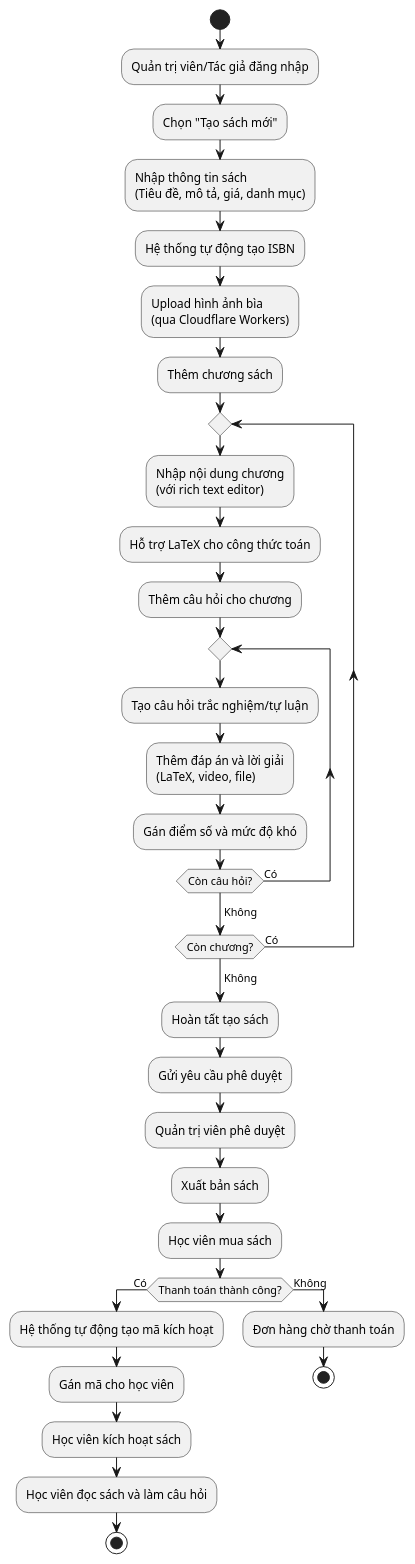
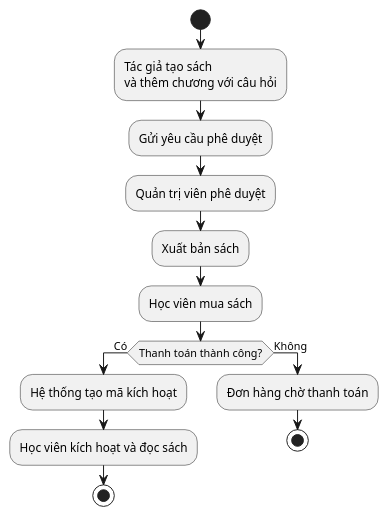
The fifth of 18 diagrams in khoitriso-be/BIEU_DO_UML.md (ngocnghia81/KhoiTriSo-PHP), drawn with PlantUML before and after one commit. The commit also changed other lines of this file and 23 other files, not shown here.

````diff
--- a/khoitriso-be/BIEU_DO_UML.md
+++ b/khoitriso-be/BIEU_DO_UML.md
@@ -189,39 +122,19 @@
 ```plantuml
 @startuml
 start
-:Quản trị viên/Tác giả đăng nhập;
-:Chọn "Tạo sách mới";
-:Nhập thông tin sách\n(Tiêu đề, mô tả, giá, danh mục);
-:Hệ thống tự động tạo ISBN;
-:Upload hình ảnh bìa\n(qua Cloudflare Workers);
-:Thêm chương sách;
-repeat
-  :Nhập nội dung chương\n(với rich text editor);
-  :Hỗ trợ LaTeX cho công thức toán;
-  :Thêm câu hỏi cho chương;
-  repeat
-    :Tạo câu hỏi trắc nghiệm/tự luận;
-    :Thêm đáp án và lời giải\n(LaTeX, video, file);
-    :Gán điểm số và mức độ khó;
-  repeat while (Còn câu hỏi?) is (Có)
-  -> Không;
-repeat while (Còn chương?) is (Có)
--> Không;
-:Hoàn tất tạo sách;
+:Tác giả tạo sách\nvà thêm chương với câu hỏi;
 :Gửi yêu cầu phê duyệt;
 :Quản trị viên phê duyệt;
 :Xuất bản sách;
 :Học viên mua sách;
 if (Thanh toán thành công?) then (Có)
-  :Hệ thống tự động tạo mã kích hoạt;
-  :Gán mã cho học viên;
-  :Học viên kích hoạt sách;
-  :Học viên đọc sách và làm câu hỏi;
+  :Hệ thống tạo mã kích hoạt;
+  :Học viên kích hoạt và đọc sách;
   stop
 else (Không)
   :Đơn hàng chờ thanh toán;
   stop
 endif
 
 @enduml
 ```
````
